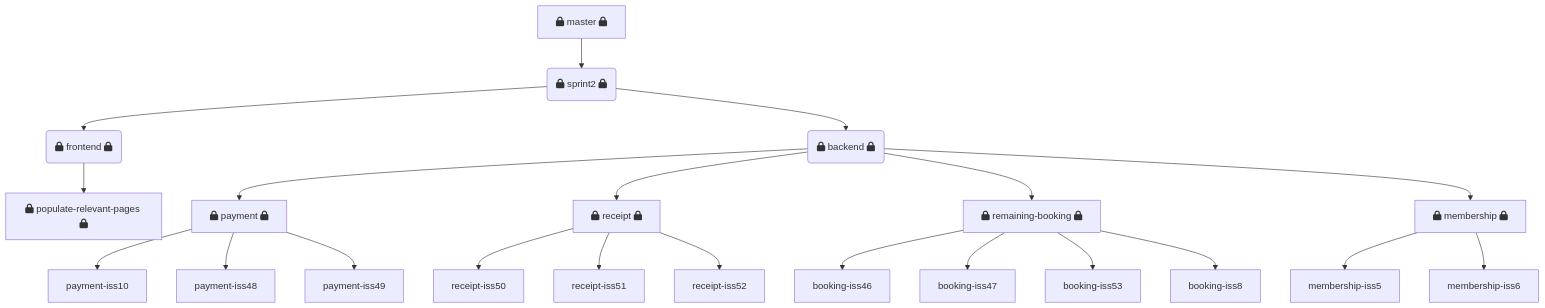
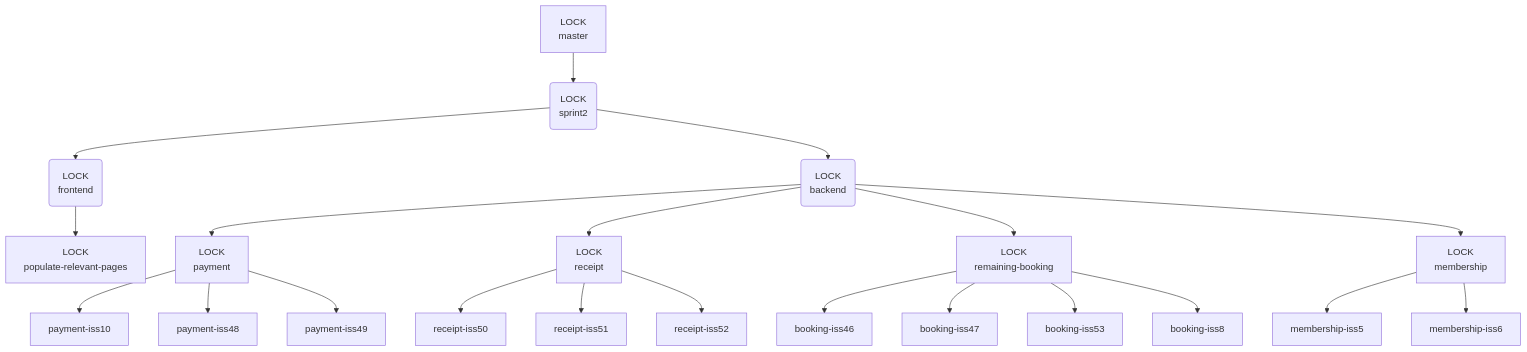
One commit to jtarbard/Software-Engineering-Project-Wiki changed the diagram in Documentation/Git-Structure.md. Above: the diagram before and after it, drawn with Mermaid.

Commit message:
Update Git Structure

````diff
--- a/Documentation/Git-Structure.md
+++ b/Documentation/Git-Structure.md
@@ -2,28 +2,28 @@
 ```mermaid
 graph TD
-  master[fa:fa-lock master fa:fa-lock] --> sprint2(fa:fa-lock sprint2 fa:fa-lock)
-  sprint2 --> frontend(fa:fa-lock frontend fa:fa-lock)
-  sprint2 --> backend(fa:fa-lock backend fa:fa-lock)
+  master[LOCK <br> master] --> sprint2(LOCK <br> sprint2)
+  sprint2 --> frontend(LOCK <br> frontend)
+  sprint2 --> backend(LOCK <br> backend)
 
-  frontend --> populate[fa:fa-lock populate-relevant-pages fa:fa-lock]
-  backend --> payment[fa:fa-lock payment fa:fa-lock]
-  backend --> receipt[fa:fa-lock receipt fa:fa-lock]
-  backend --> booking[fa:fa-lock remaining-booking fa:fa-lock]
-  backend --> membership[fa:fa-lock membership fa:fa-lock]
+  frontend --> populate[LOCK <br> populate-relevant-pages]
+  backend --> payment[LOCK <br> payment]
+  backend --> receipt[LOCK <br> receipt]
+  backend --> booking[LOCK <br> remaining-booking]
+  backend --> membership[LOCK <br> membership]
 
   booking --> booking-iss46
   booking --> booking-iss47
   booking --> booking-iss53
   booking --> booking-iss8
 
   payment --> payment-iss10
   payment --> payment-iss48
   payment --> payment-iss49
   
   receipt --> receipt-iss50
   receipt --> receipt-iss51
   receipt --> receipt-iss52
   
   membership --> membership-iss5
   membership --> membership-iss6
 ```
````
